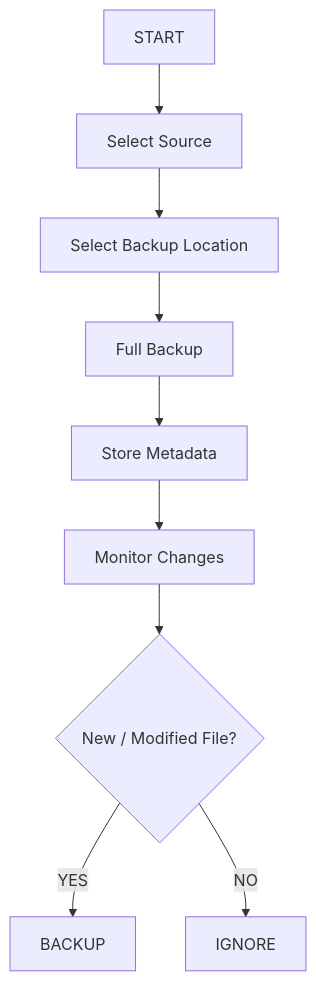
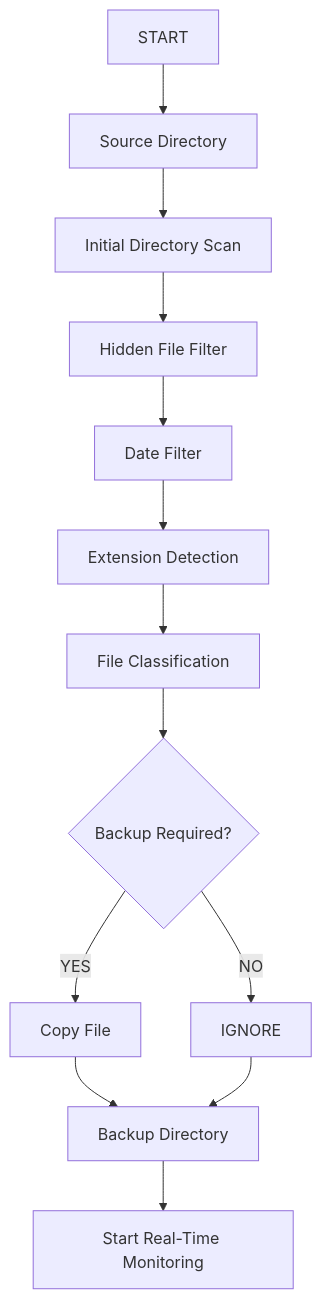
Before and after one commit to khushi10-coder/OS-PROJECT: the third of 13 diagrams in README.md, drawn with Mermaid. The commit also changed other lines of this file, not shown here.

````diff
--- a/README.md
+++ b/README.md
@@ -82,11 +124,20 @@
 ```mermaid
 flowchart TD
-    A["START"] --> B["Select Source"]
-    B --> C["Select Backup Location"]
-    C --> D["Full Backup"]
-    D --> E["Store Metadata"]
-    E --> F["Monitor Changes"]
-    F --> G{"New / Modified File?"}
-    G -->|YES| H["BACKUP"]
-    G -->|NO| I["IGNORE"]
+    A["START"] --> B["Source Directory"]
+    B --> C["Initial Directory Scan"]
+
+    C --> D["Hidden File Filter"]
+    D --> E["Date Filter"]
+    E --> F["Extension Detection"]
+    F --> G["File Classification"]
+
+    G --> H{"Backup Required?"}
+
+    H -->|YES| I["Copy File"]
+    H -->|NO| J["IGNORE"]
+
+    I --> K["Backup Directory"]
+    J --> K
+
+    K --> L["Start Real-Time Monitoring"]
 ```
````
